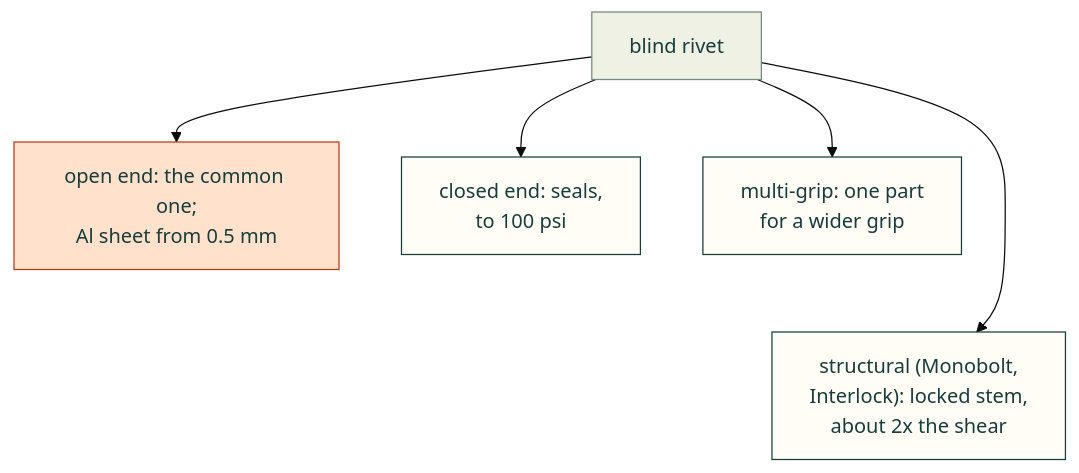
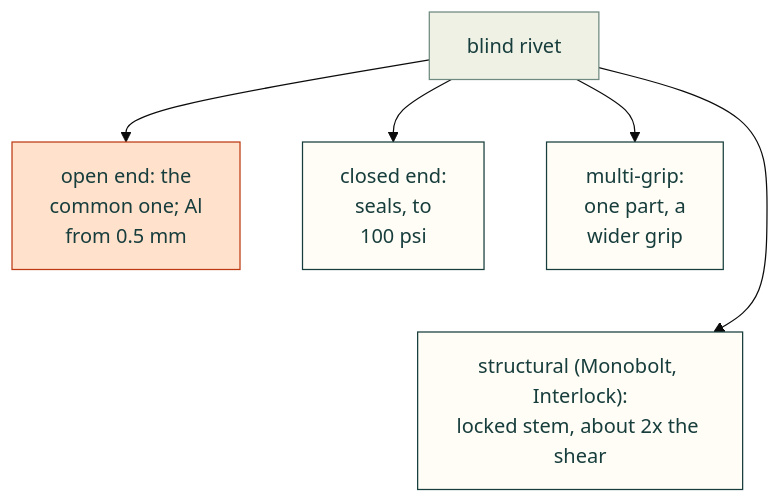
Before and after one commit to Valpatel/cad-agent: the sixth of 8 diagrams in research/sheet-metal-joining.md, drawn with Mermaid (base theme). The commit also changed other lines of this file and 2 other files, not shown here.

First line of the commit message:
Research pages: diagrams fit the 1100 px column; second-review fixes

````diff
--- a/research/sheet-metal-joining.md
+++ b/research/sheet-metal-joining.md
@@ -331,14 +334,14 @@
 ```mermaid
 flowchart TD
-    R["blind rivet"] --> O["open end: the common one;<br/>Al sheet from 0.5 mm"]
-    R --> C["closed end: seals,<br/>to 100 psi"]
-    R --> M["multi-grip: one part<br/>for a wider grip"]
-    M ~~~ S["structural (Monobolt,<br/>Interlock): locked stem,<br/>about 2x the shear"]
-    R --> S
+    R["blind rivet"] --> O["open end: the<br/>common one; Al<br/>from 0.5 mm"]
+    R --> C["closed end:<br/>seals, to<br/>100 psi"]
+    R --> M["multi-grip:<br/>one part, a<br/>wider grip"]
+    C ~~~ S
+    R ---> S["structural (Monobolt, Interlock):<br/>locked stem, about 2x the shear"]
     classDef here fill:#fffdf5,stroke:#173d3c,color:#173d3c
     classDef near fill:#eef1e4,stroke:#6f8a80,color:#173d3c
     classDef out fill:#ffe1cc,stroke:#bd3a12,color:#173d3c
     class R near
     class O out
     class C,M,S here
 ```
````
